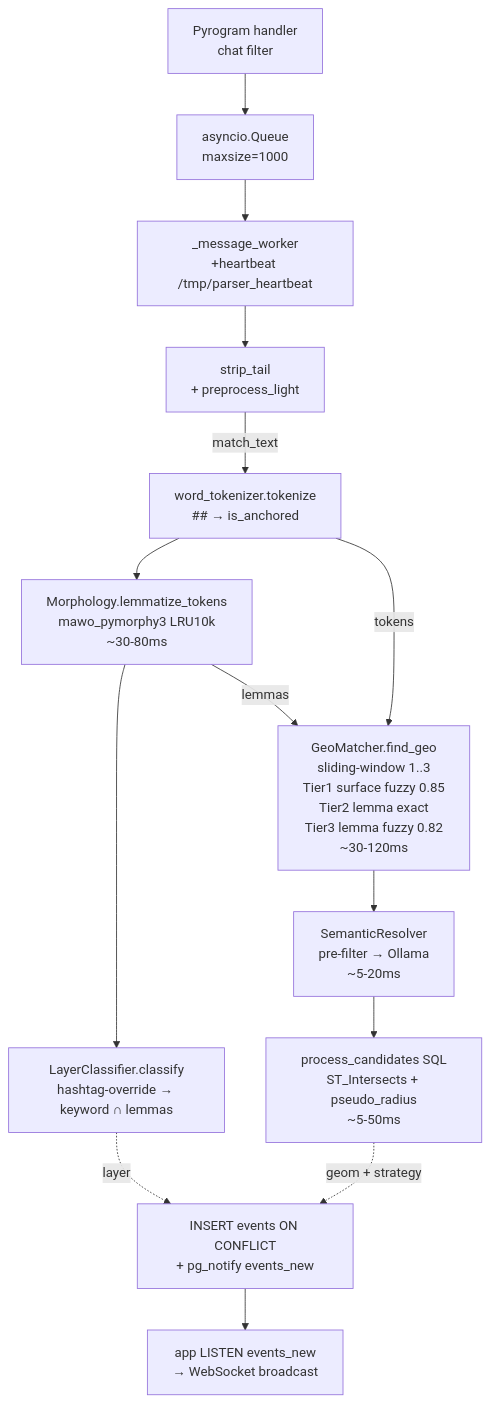
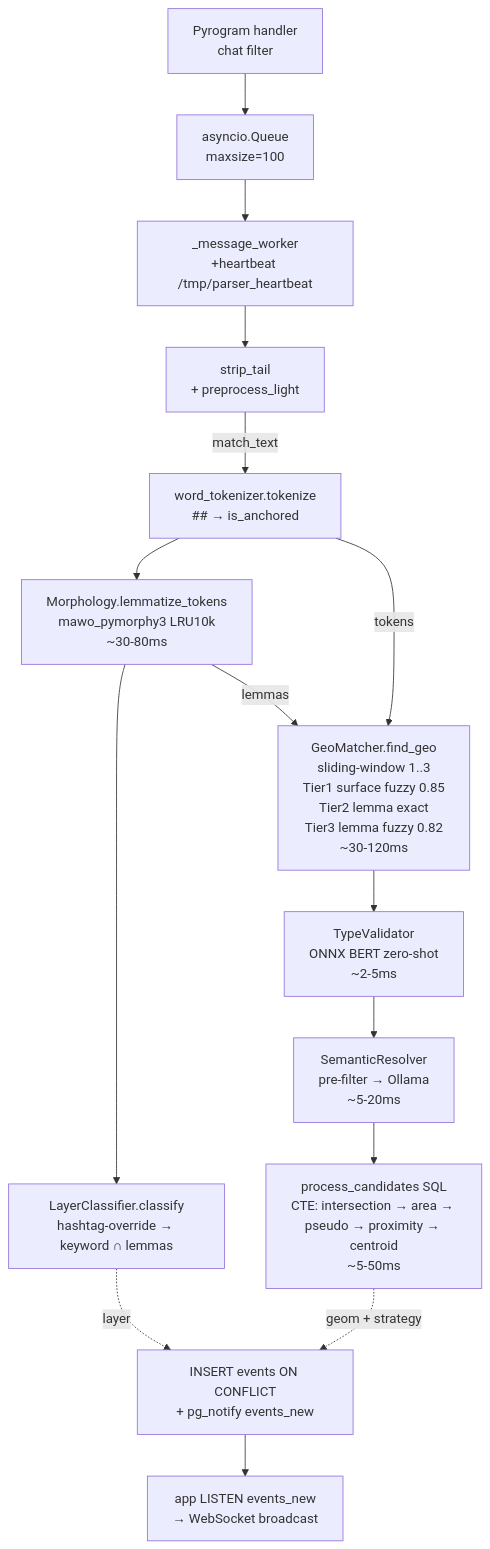
One commit to jin10r/debug changed the diagram in docs/parser.md. Above: the diagram before and after it, drawn with Mermaid. The commit also changed other lines of this file and 10 other files, not shown here.

First line of the commit message:
docs: rewrite architecture documentation, remove redundant .md files

````diff
--- a/docs/parser.md
+++ b/docs/parser.md
@@ -65,16 +83,17 @@
 ```mermaid
 flowchart TD
-    A[Pyrogram handler<br/>chat filter] --> B[asyncio.Queue<br/>maxsize=1000]
+    A[Pyrogram handler<br/>chat filter] --> B[asyncio.Queue<br/>maxsize=100]
     B --> C[_message_worker<br/>+heartbeat /tmp/parser_heartbeat]
     C --> D[strip_tail<br/>+ preprocess_light]
     D -->|match_text| E[word_tokenizer.tokenize<br/>## → is_anchored]
     E --> F[Morphology.lemmatize_tokens<br/>mawo_pymorphy3 LRU10k<br/>~30-80ms]
     F --> G[LayerClassifier.classify<br/>hashtag-override → keyword ∩ lemmas]
     F -->|lemmas| H
     E -->|tokens| H[GeoMatcher.find_geo<br/>sliding-window 1..3<br/>Tier1 surface fuzzy 0.85<br/>Tier2 lemma exact<br/>Tier3 lemma fuzzy 0.82<br/>~30-120ms]
-    H --> J[SemanticResolver<br/>pre-filter → Ollama<br/>~5-20ms]
-    J --> K[process_candidates SQL<br/>ST_Intersects + pseudo_radius<br/>~5-50ms]
+    H --> I[TypeValidator<br/>ONNX BERT zero-shot<br/>~2-5ms]
+    I --> J[SemanticResolver<br/>pre-filter → Ollama<br/>~5-20ms]
+    J --> K[process_candidates SQL<br/>CTE: intersection → area → pseudo → proximity → centroid<br/>~5-50ms]
     G -.layer.-> L
     K -.geom + strategy.-> L[INSERT events ON CONFLICT<br/>+ pg_notify events_new]
     L --> M[app LISTEN events_new<br/>→ WebSocket broadcast]
 ```
````
